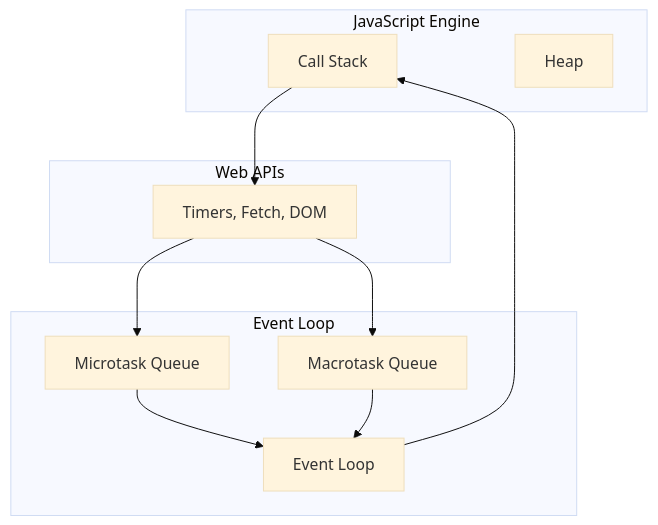
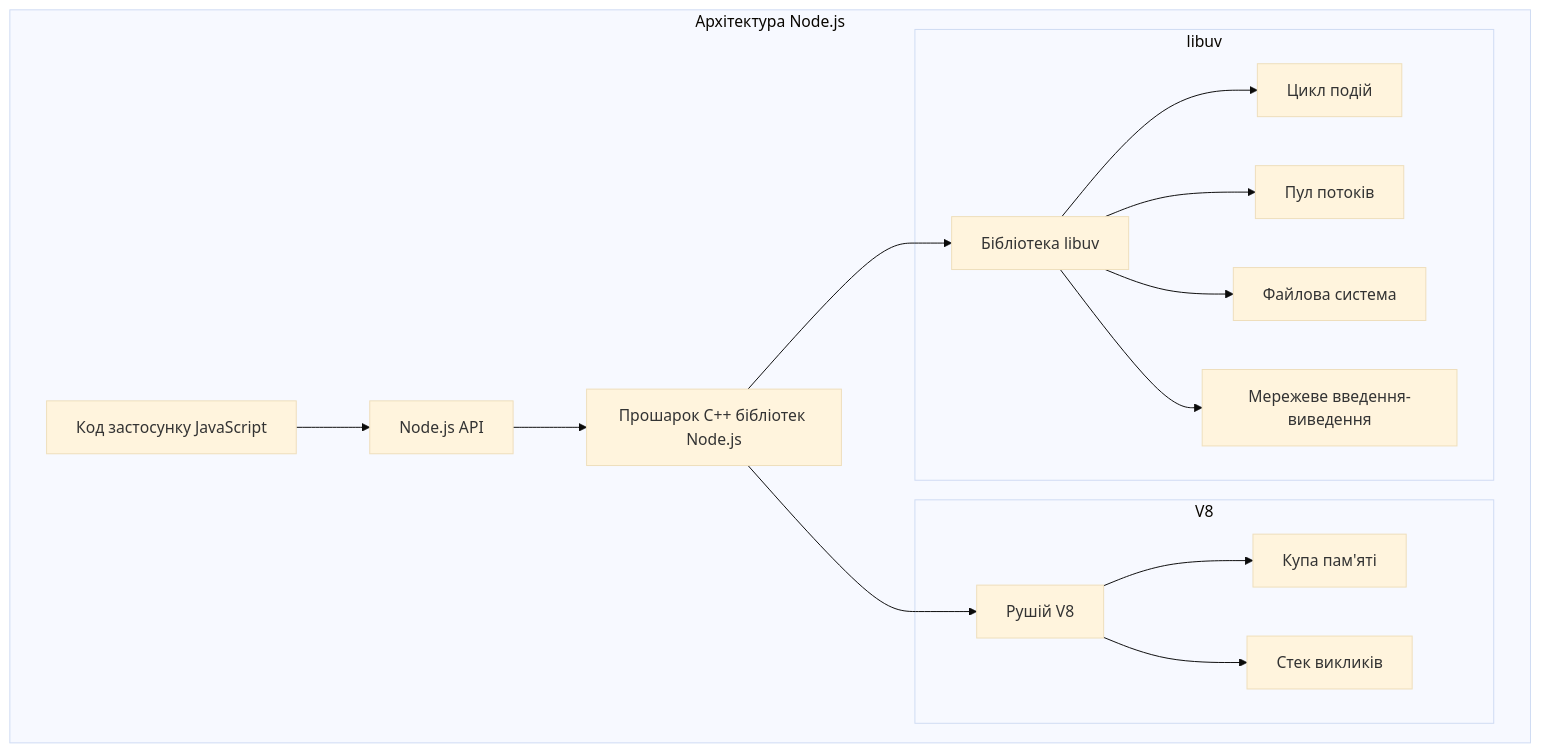
Before and after one commit to olroi421/course-web: the first of 4 diagrams in lectures/lecture-02.md, drawn with Mermaid (base theme). The commit also changed other lines of this file and 4 other files, not shown here.

````diff
--- a/lectures/lecture-02.md
+++ b/lectures/lecture-02.md
@@ -583,22 +32,21 @@
 ```mermaid
 graph TB
-    subgraph "JavaScript Engine"
-        CS[Call Stack]
-        H[Heap]
+    subgraph "Архітектура Node.js"
+        A[Код застосунку JavaScript] --> B[Node.js API]
+        B --> C[Прошарок C++ бібліотек Node.js]
+        C --> D[Рушій V8]
+        C --> E[Бібліотека libuv]
+
+        subgraph "V8"
+            D --> F[Купа пам'яті]
+            D --> G[Стек викликів]
+        end
+
+        subgraph "libuv"
+            E --> H[Цикл подій]
+            E --> I[Пул потоків]
+            E --> J[Файлова система]
+            E --> K[Мережеве введення-виведення]
+        end
     end
-    subgraph "Web APIs"
-        WA[Timers, Fetch, DOM]
-    end
-    subgraph "Event Loop"
-        MT[Macrotask Queue]
-        MC[Microtask Queue]
-        EL[Event Loop]
-    end
-
-    CS --> WA
-    WA --> MT
-    WA --> MC
-    MC --> EL
-    MT --> EL
-    EL --> CS
 ```
````
